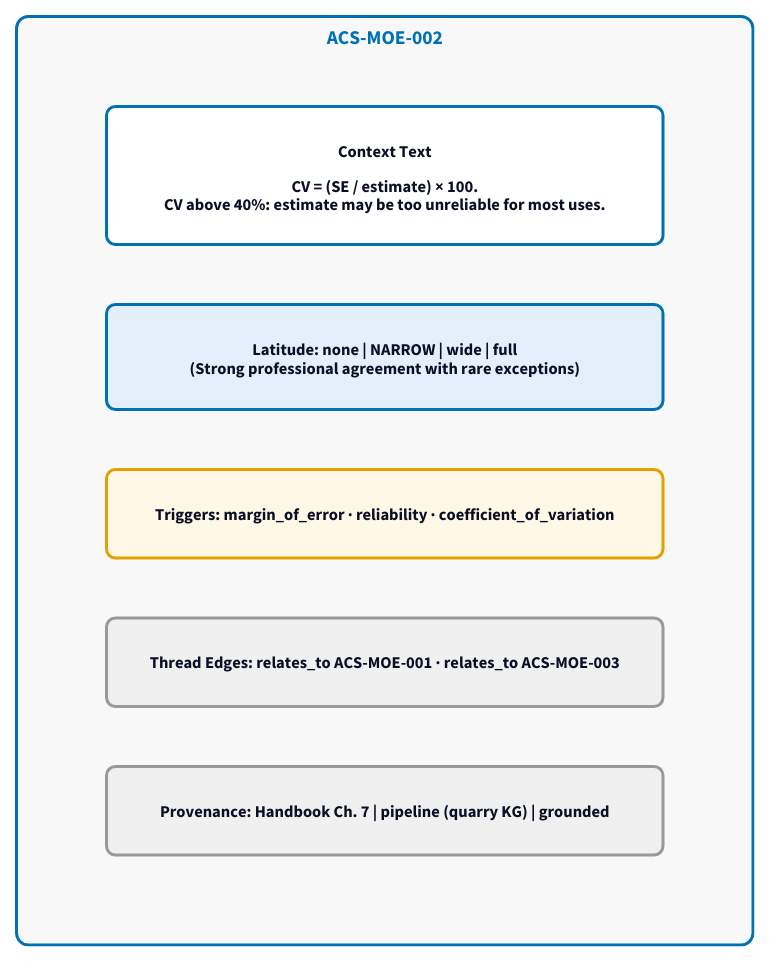
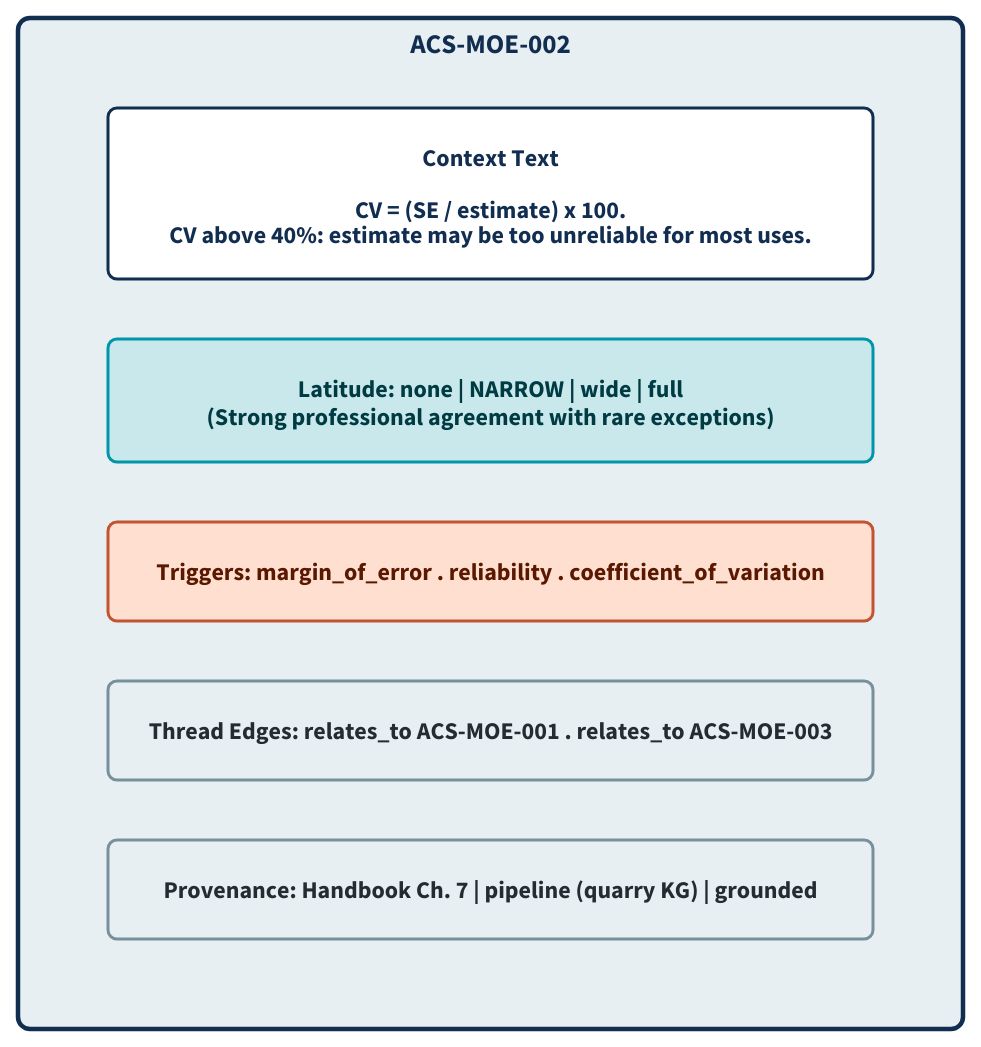
One commit to brockwebb/open-census-mcp-server changed the diagram in paper/assets/diagrams/F3_pragmatic_item_anatomy.d2. Above: the diagram before and after it, drawn with D2. The commit also changed 14 other files, not shown here.

First line of the commit message:
style: update all figures/diagrams to Census xdgov palette, 508 compliance

```diff
--- a/paper/assets/diagrams/F3_pragmatic_item_anatomy.d2
+++ b/paper/assets/diagrams/F3_pragmatic_item_anatomy.d2
@@ -1,52 +1,61 @@
 ##################################################
 # F3: Anatomy of a Pragmatic Context Item
 # Example: ACS-MOE-002 (Coefficient of Variation)
+# Palette: Census xdgov Data Design Standards
+# 508 compliance: all text/background pairs >= 4.5:1
 ##################################################
 
 item: ACS-MOE-002 {
   grid-rows: 5
   grid-columns: 1
-  style.fill: "#F8F8F8"
-  style.stroke: "#0072B2"
-  style.stroke-width: 2
+  style.fill: "#E8EFF2"
+  style.stroke: "#112E51"
+  style.stroke-width: 3
   style.border-radius: 8
-  style.font-color: "#0072B2"
+  style.font-color: "#112E51"
   style.bold: true
-  style.font-size: 13
+  style.font-size: 18
 
-  ctx: "Context Text\n\nCV = (SE / estimate) × 100.\nCV above 40%: estimate may be too unreliable for most uses." {
+  ctx: "Context Text\n\nCV = (SE / estimate) x 100.\nCV above 40%: estimate may be too unreliable for most uses." {
     style.fill: "#FFFFFF"
-    style.stroke: "#0072B2"
+    style.stroke: "#112E51"
     style.stroke-width: 2
     style.border-radius: 6
-    style.font-size: 11
+    style.font-size: 16
+    style.font-color: "#112E51"
   }
 
   lat: "Latitude:  none  |  NARROW  |  wide  |  full\n(Strong professional agreement with rare exceptions)" {
-    style.fill: "#E3F0FB"
-    style.stroke: "#0072B2"
+    style.fill: "#C9E8EC"
+    style.stroke: "#0095A8"
+    style.stroke-width: 2
     style.border-radius: 6
-    style.font-size: 11
+    style.font-size: 16
+    style.font-color: "#003B43"
   }
 
-  trig: "Triggers:  margin_of_error  ·  reliability  ·  coefficient_of_variation" {
-    style.fill: "#FFF8E7"
-    style.stroke: "#E69F00"
+  trig: "Triggers:  margin_of_error  .  reliability  .  coefficient_of_variation" {
+    style.fill: "#FFE0D0"
+    style.stroke: "#C25432"
+    style.stroke-width: 2
     style.border-radius: 6
-    style.font-size: 11
+    style.font-size: 16
+    style.font-color: "#5A1800"
   }
 
-  edges: "Thread Edges:  relates_to ACS-MOE-001  ·  relates_to ACS-MOE-003" {
-    style.fill: "#F0F0F0"
-    style.stroke: "#999999"
+  edges: "Thread Edges:  relates_to ACS-MOE-001  .  relates_to ACS-MOE-003" {
+    style.fill: "#E8EFF2"
+    style.stroke: "#78909C"
     style.border-radius: 6
-    style.font-size: 11
+    style.font-size: 16
+    style.font-color: "#222C31"
   }
 
   prov: "Provenance:  Handbook Ch. 7  |  pipeline (quarry KG)  |  grounded" {
-    style.fill: "#F0F0F0"
-    style.stroke: "#999999"
+    style.fill: "#E8EFF2"
+    style.stroke: "#78909C"
     style.border-radius: 6
-    style.font-size: 11
+    style.font-size: 16
+    style.font-color: "#222C31"
   }
 }
```
